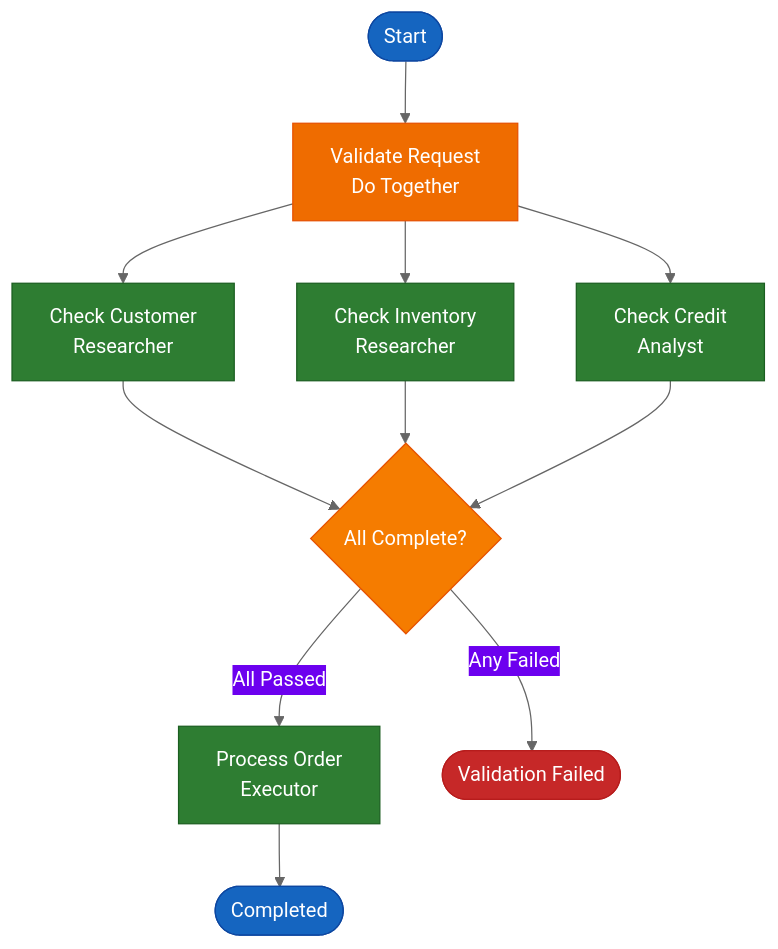
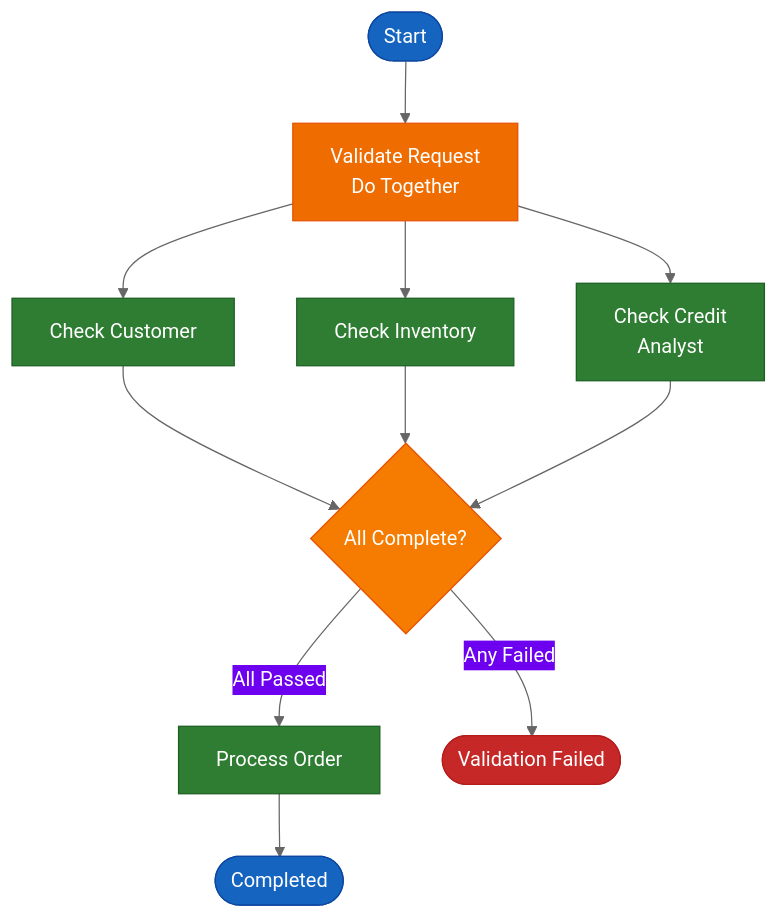
One commit to gcowin/approachable-workflows changed the fifth of 11 diagrams in docs/reference/visual-patterns.md. Above: the diagram before and after it, drawn with Mermaid. The commit also changed other lines of this file and 58 other files, not shown here.

````diff
--- a/docs/reference/visual-patterns.md
+++ b/docs/reference/visual-patterns.md
@@ -195,24 +194,24 @@
 ```mermaid
 %%{init: {'theme':'base', 'themeVariables': {'primaryColor':'#EF6C00','primaryTextColor':'#fff','lineColor':'#666'}}}%%
 graph TD
     Start([Start]) --> A[Validate Request<br/>Do Together]
-    A --> B[Check Customer<br/>Researcher]
-    A --> C[Check Inventory<br/>Researcher]
+    A --> B[Check Customer]
+    A --> C[Check Inventory]
     A --> D[Check Credit<br/>Analyst]
     B --> E{All Complete?}
     C --> E
     D --> E
-    E -->|All Passed| F[Process Order<br/>Executor]
+    E -->|All Passed| F[Process Order]
     E -->|Any Failed| G([Validation Failed])
     F --> H([Completed])
     
     style Start fill:#1565C0,stroke:#0D47A1,color:#fff
     style A fill:#EF6C00,stroke:#E65100,color:#fff
     style B fill:#2E7D32,stroke:#1B5E20,color:#fff
     style C fill:#2E7D32,stroke:#1B5E20,color:#fff
     style D fill:#2E7D32,stroke:#1B5E20,color:#fff
     style E fill:#F57C00,stroke:#E65100,color:#fff
     style F fill:#2E7D32,stroke:#1B5E20,color:#fff
     style G fill:#C62828,stroke:#B71C1C,color:#fff
     style H fill:#1565C0,stroke:#0D47A1,color:#fff
 ```
````
